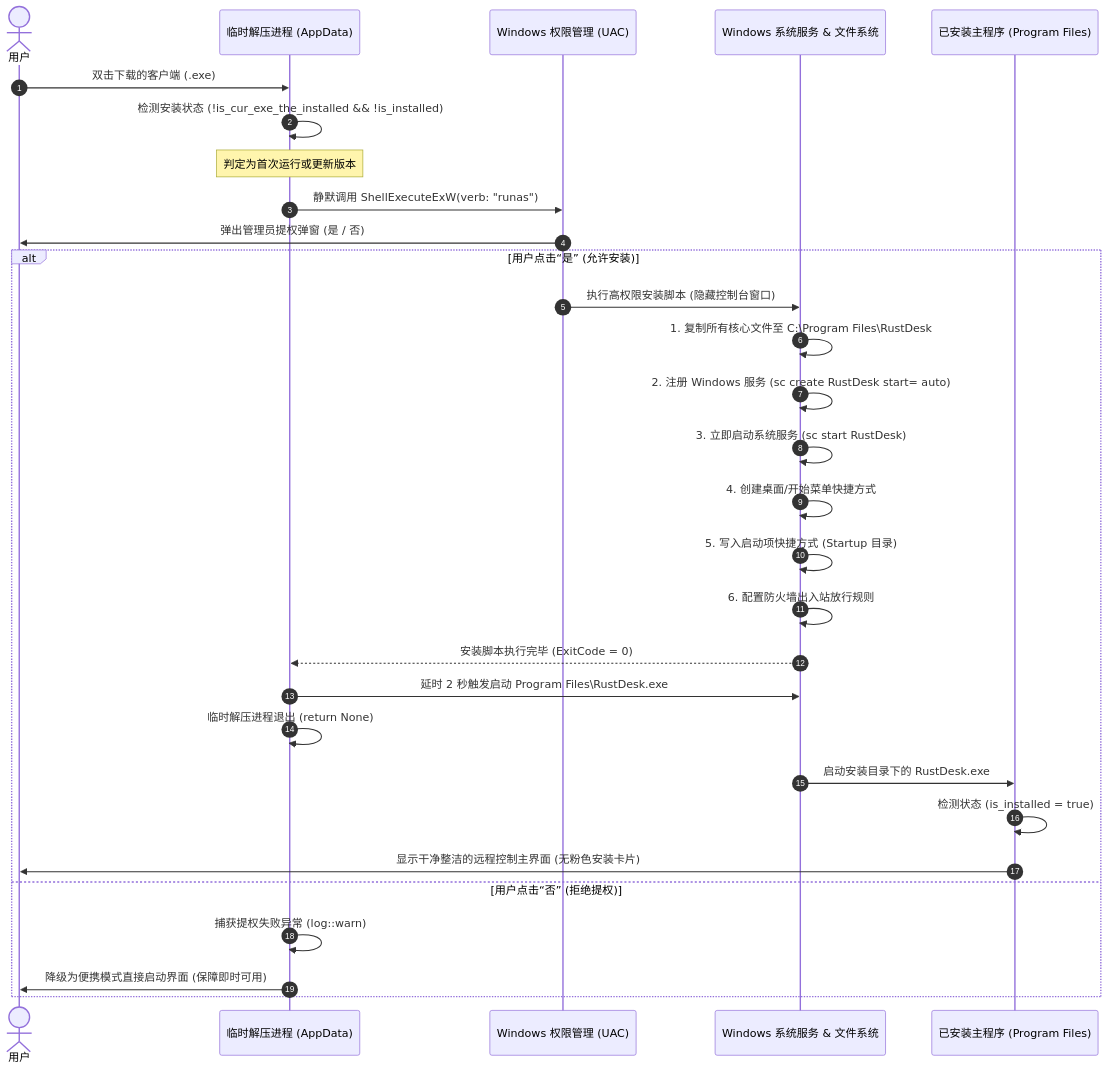
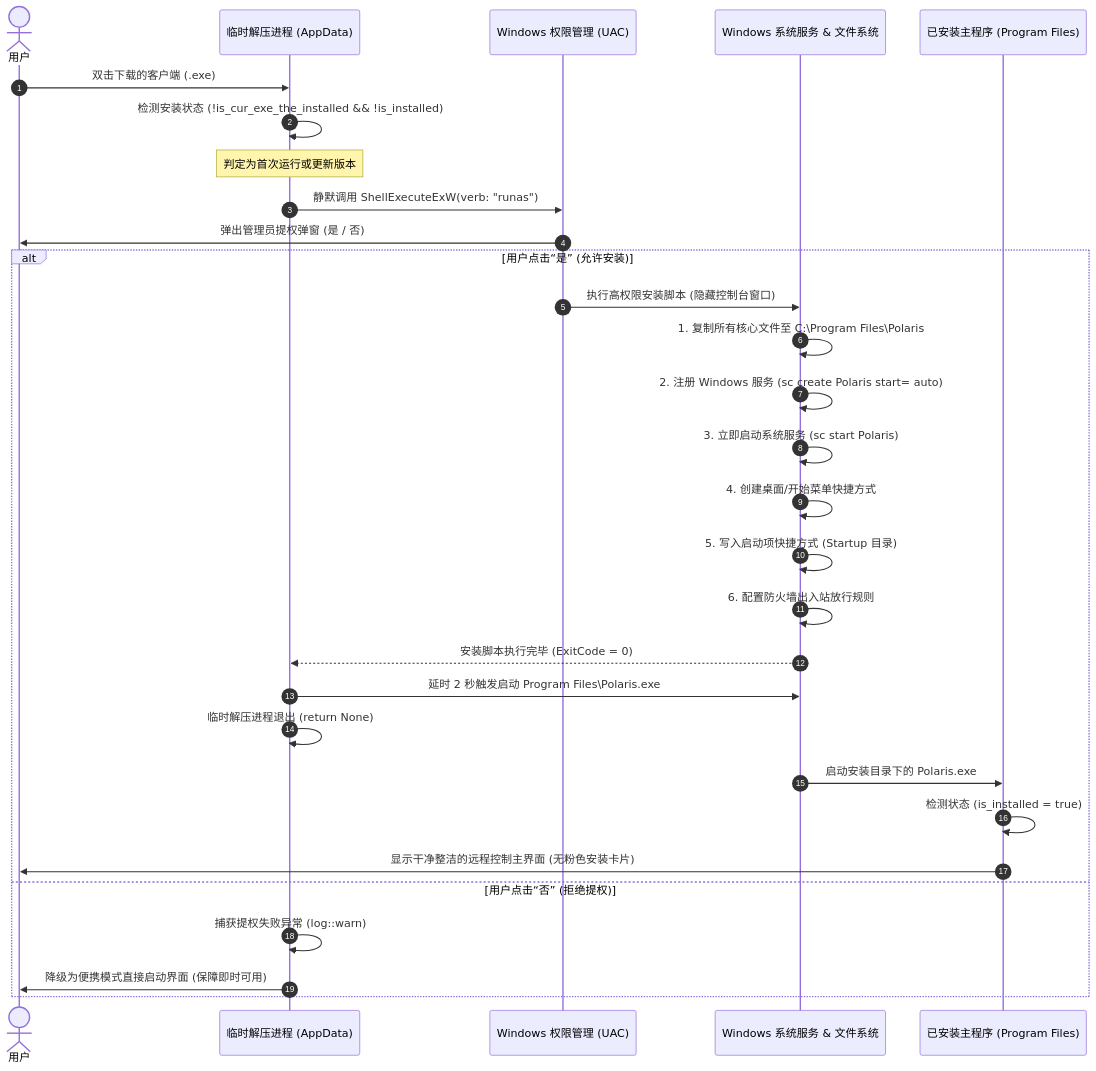
The diagram in SILENT_AUTO_INSTALL.md (junallen649-maker/Yuan-Cheng), drawn with Mermaid before and after one commit. The commit also changed other lines of this file and 139 other files, not shown here.

````diff
--- a/SILENT_AUTO_INSTALL.md
+++ b/SILENT_AUTO_INSTALL.md
@@ -22,34 +22,34 @@
 ```mermaid
 sequenceDiagram
     autonumber
     actor User as 用户
     participant Portable as 临时解压进程 (AppData)
     participant UAC as Windows 权限管理 (UAC)
     participant System as Windows 系统服务 & 文件系统
     participant Installed as 已安装主程序 (Program Files)
 
     User->>Portable: 双击下载的客户端 (.exe)
     Portable->>Portable: 检测安装状态 (!is_cur_exe_the_installed && !is_installed)
     Note over Portable: 判定为首次运行或更新版本
     Portable->>UAC: 静默调用 ShellExecuteExW(verb: "runas")
     UAC->>User: 弹出管理员提权弹窗 (是 / 否)
     
     alt 用户点击“是” (允许安装)
         UAC->>System: 执行高权限安装脚本 (隐藏控制台窗口)
-        System->>System: 1. 复制所有核心文件至 C:\Program Files\RustDesk
-        System->>System: 2. 注册 Windows 服务 (sc create RustDesk start= auto)
-        System->>System: 3. 立即启动系统服务 (sc start RustDesk)
+        System->>System: 1. 复制所有核心文件至 C:\Program Files\Polaris
+        System->>System: 2. 注册 Windows 服务 (sc create Polaris start= auto)
+        System->>System: 3. 立即启动系统服务 (sc start Polaris)
         System->>System: 4. 创建桌面/开始菜单快捷方式
         System->>System: 5. 写入启动项快捷方式 (Startup 目录)
         System->>System: 6. 配置防火墙出入站放行规则
         System-->>Portable: 安装脚本执行完毕 (ExitCode = 0)
-        Portable->>System: 延时 2 秒触发启动 Program Files\RustDesk.exe
+        Portable->>System: 延时 2 秒触发启动 Program Files\Polaris.exe
         Portable->>Portable: 临时解压进程退出 (return None)
-        System->>Installed: 启动安装目录下的 RustDesk.exe
+        System->>Installed: 启动安装目录下的 Polaris.exe
         Installed->>Installed: 检测状态 (is_installed = true)
         Installed->>User: 显示干净整洁的远程控制主界面 (无粉色安装卡片)
     else 用户点击“否” (拒绝提权)
         Portable->>Portable: 捕获提权失败异常 (log::warn)
         Portable->>User: 降级为便携模式直接启动界面 (保障即时可用)
     end
 ```
````
